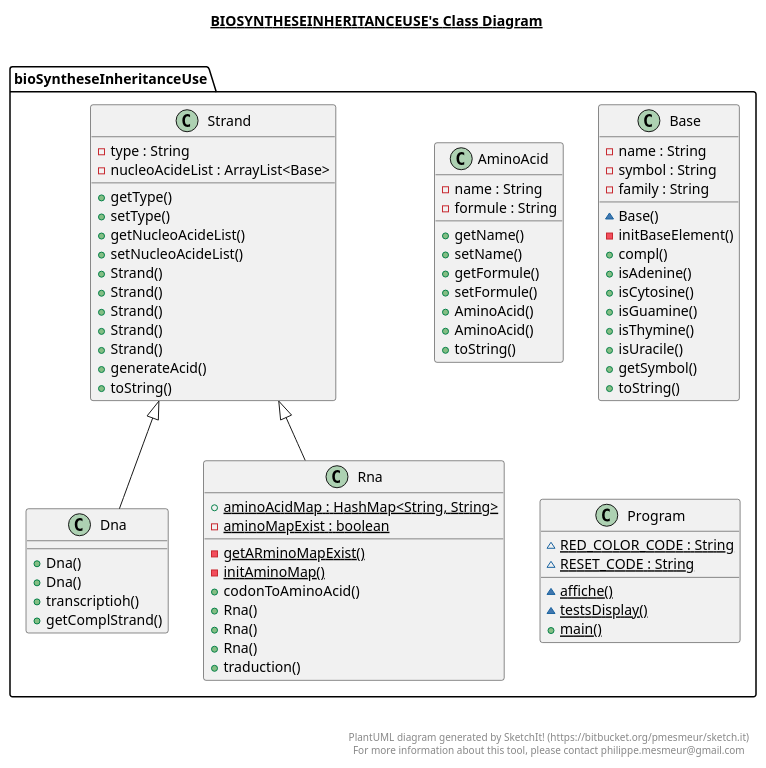
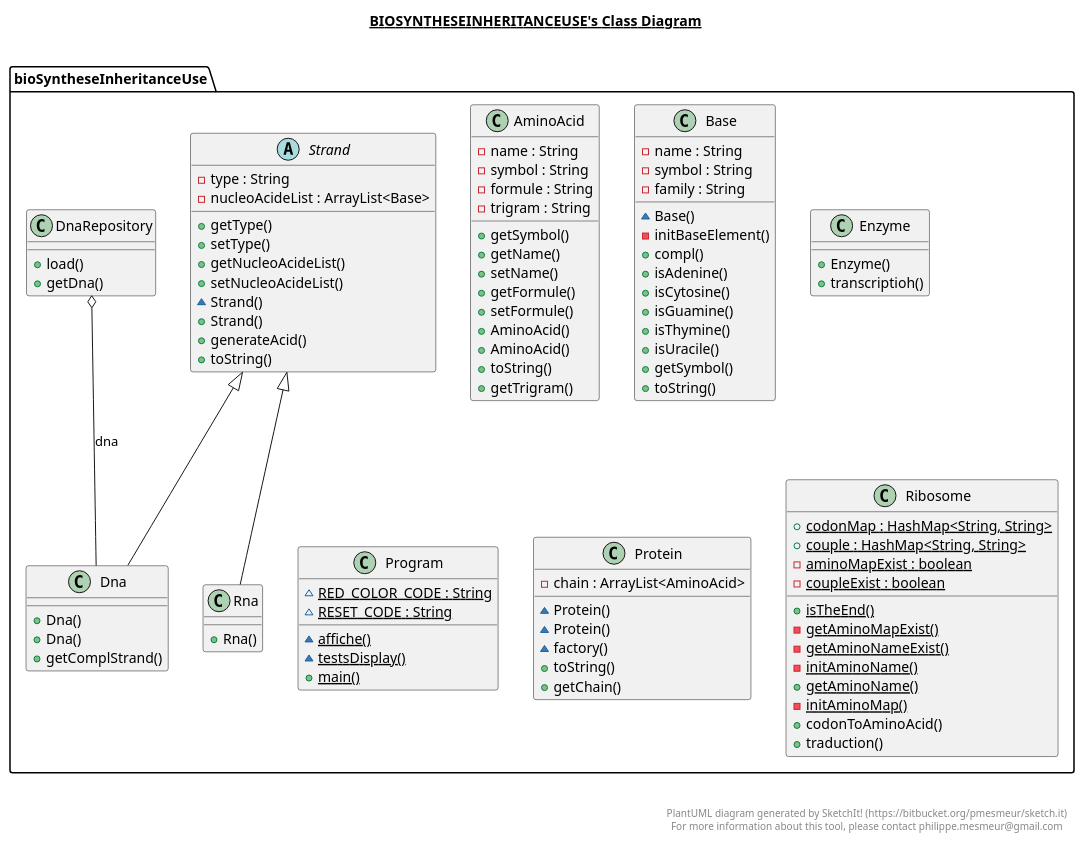
The diagram in src/bioSyntheseInheritanceUse/bioSyntheseInheritanceUse.plantuml (AlexandreGheraibia/genetics), drawn with PlantUML before and after one commit. The commit also changed 6 other files, not shown here.

```diff
--- a/src/bioSyntheseInheritanceUse/bioSyntheseInheritanceUse.plantuml
+++ b/src/bioSyntheseInheritanceUse/bioSyntheseInheritanceUse.plantuml
@@ -1,105 +1,144 @@
 @startuml
 
 title __BIOSYNTHESEINHERITANCEUSE's Class Diagram__\n
 
   package bioSyntheseInheritanceUse {
     class AminoAcid {
         - name : String
+        - symbol : String
         - formule : String
+        - trigram : String
+        + getSymbol()
         + getName()
         + setName()
         + getFormule()
         + setFormule()
         + AminoAcid()
         + AminoAcid()
         + toString()
+        + getTrigram()
     }
   }
   
 
   package bioSyntheseInheritanceUse {
     class Base {
         - name : String
         - symbol : String
         - family : String
         ~ Base()
         - initBaseElement()
         + compl()
         + isAdenine()
         + isCytosine()
         + isGuamine()
         + isThymine()
         + isUracile()
         + getSymbol()
         + toString()
     }
   }
   
 
   package bioSyntheseInheritanceUse {
     class Dna {
         + Dna()
         + Dna()
+        + getComplStrand()
+    }
+  }
+  
+
+  package bioSyntheseInheritanceUse {
+    class DnaRepository {
+        + load()
+        + getDna()
+    }
+  }
+  
+
+  package bioSyntheseInheritanceUse {
+    class Enzyme {
+        + Enzyme()
         + transcriptioh()
-        + getComplStrand()
     }
   }
   
 
   package bioSyntheseInheritanceUse {
     class Program {
         {static} ~ RED_COLOR_CODE : String
         {static} ~ RESET_CODE : String
         {static} ~ affiche()
         {static} ~ testsDisplay()
         {static} + main()
     }
   }
   
 
   package bioSyntheseInheritanceUse {
-    class Rna {
-        {static} + aminoAcidMap : HashMap<String, String>
+    class Protein {
+        - chain : ArrayList<AminoAcid>
+        ~ Protein()
+        ~ Protein()
+        ~ factory()
+        + toString()
+        + getChain()
+    }
+  }
+  
+
+  package bioSyntheseInheritanceUse {
+    class Ribosome {
+        {static} + codonMap : HashMap<String, String>
+        {static} + couple : HashMap<String, String>
         {static} - aminoMapExist : boolean
-        {static} - getARminoMapExist()
+        {static} - coupleExist : boolean
+        {static} + isTheEnd()
+        {static} - getAminoMapExist()
+        {static} - getAminoNameExist()
+        {static} - initAminoName()
+        {static} + getAminoName()
         {static} - initAminoMap()
         + codonToAminoAcid()
-        + Rna()
-        + Rna()
-        + Rna()
         + traduction()
     }
   }
   
 
   package bioSyntheseInheritanceUse {
-    class Strand {
+    class Rna {
+        + Rna()
+    }
+  }
+  
+
+  package bioSyntheseInheritanceUse {
+    abstract class Strand {
         - type : String
         - nucleoAcideList : ArrayList<Base>
         + getType()
         + setType()
         + getNucleoAcideList()
         + setNucleoAcideList()
-        + Strand()
-        + Strand()
-        + Strand()
-        + Strand()
+        ~ Strand()
         + Strand()
         + generateAcid()
         + toString()
     }
   }
   
 
   Dna -up-|> Strand
+  DnaRepository o-- Dna : dna
   Rna -up-|> Strand
 
 
 right footer
 
 
 PlantUML diagram generated by SketchIt! (https://bitbucket.org/pmesmeur/sketch.it)
 For more information about this tool, please contact philippe.mesmeur@gmail.com
 endfooter
 
 @enduml
```
